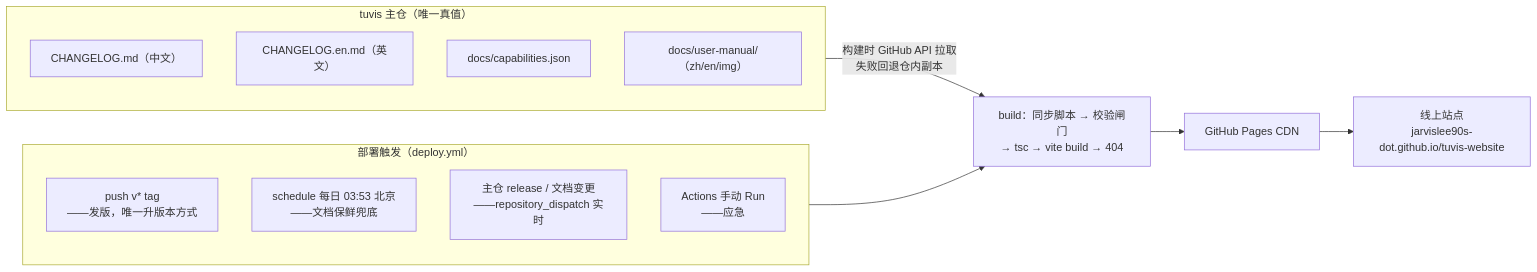
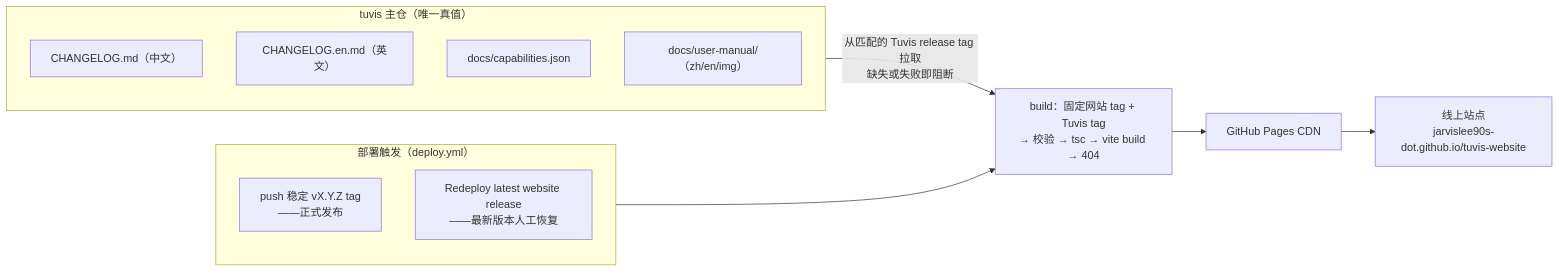
Before and after one commit to jarvislee90s-dot/tuvis-website: the diagram in README.md, drawn with Mermaid. The commit also changed other lines of this file and 3 other files, not shown here.

Commit message:
docs(release): document stable-tag publishing policy

````diff
--- a/README.md
+++ b/README.md
@@ -51,19 +51,17 @@
 ```mermaid
 flowchart LR
     subgraph SRC["tuvis 主仓（唯一真值）"]
         A["CHANGELOG.md（中文）"]
         A2["CHANGELOG.en.md（英文）"]
         B["docs/capabilities.json"]
         C["docs/user-manual/（zh/en/img）"]
     end
     subgraph TRIG["部署触发（deploy.yml）"]
-        T1["push v* tag<br>——发版，唯一升版本方式"]
-        T2["schedule 每日 03:53 北京<br>——文档保鲜兜底"]
-        T3["主仓 release / 文档变更<br>——repository_dispatch 实时"]
-        T4["Actions 手动 Run<br>——应急"]
+        T1["push 稳定 vX.Y.Z tag<br>——正式发布"]
+        T2["Redeploy latest website release<br>——最新版本人工恢复"]
     end
-    SRC -->|"构建时 GitHub API 拉取<br>失败回退仓内副本"| BUILD
-    TRIG --> BUILD["build：同步脚本 → 校验闸门<br>→ tsc → vite build → 404"]
+    SRC -->|"从匹配的 Tuvis release tag 拉取<br>缺失或失败即阻断"| BUILD
+    TRIG --> BUILD["build：固定网站 tag + Tuvis tag<br>→ 校验 → tsc → vite build → 404"]
     BUILD --> PAGES["GitHub Pages CDN"]
     PAGES --> SITE["线上站点<br>jarvislee90s-dot.github.io/tuvis-website"]
 ```
````
